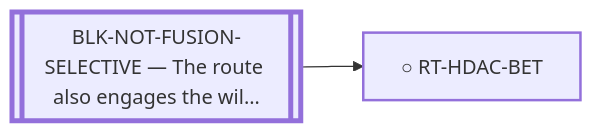
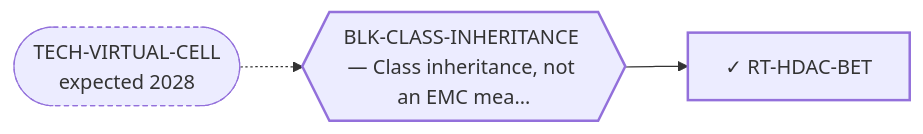
Before and after one commit to trimcrae/Rare-cancers: the diagram in systems/views/L2-rt-hdac-bet.md, drawn with Mermaid. The commit also changed other lines of this file and 42 other files, not shown here.

````diff
--- a/systems/views/L2-rt-hdac-bet.md
+++ b/systems/views/L2-rt-hdac-bet.md
@@ -27,10 +27,12 @@
 ```mermaid
 flowchart LR
-  RT_HDAC_BET["○ RT-HDAC-BET"]:::fam
-  BLK_NOT_FUSION_SELECTIVE[["BLK-NOT-FUSION-SELECTIVE — The route also engages the wil…"]]:::perm
-  BLK_NOT_FUSION_SELECTIVE --> RT_HDAC_BET
+  RT_HDAC_BET["✓ RT-HDAC-BET"]:::fam
+  BLK_CLASS_INHERITANCE{{"BLK-CLASS-INHERITANCE — Class inheritance, not an EMC mea…"}}:::blk
+  BLK_CLASS_INHERITANCE --> RT_HDAC_BET
+  TECH_VIRTUAL_CELL(["TECH-VIRTUAL-CELL<br/>expected 2028"]):::tech
+  TECH_VIRTUAL_CELL -.-> BLK_CLASS_INHERITANCE
   classDef fam stroke-width:2px;
   classDef blk stroke-width:2px;
   classDef perm stroke-width:4px;
   classDef tech stroke-width:1px,stroke-dasharray:4 3;
 ```
````
